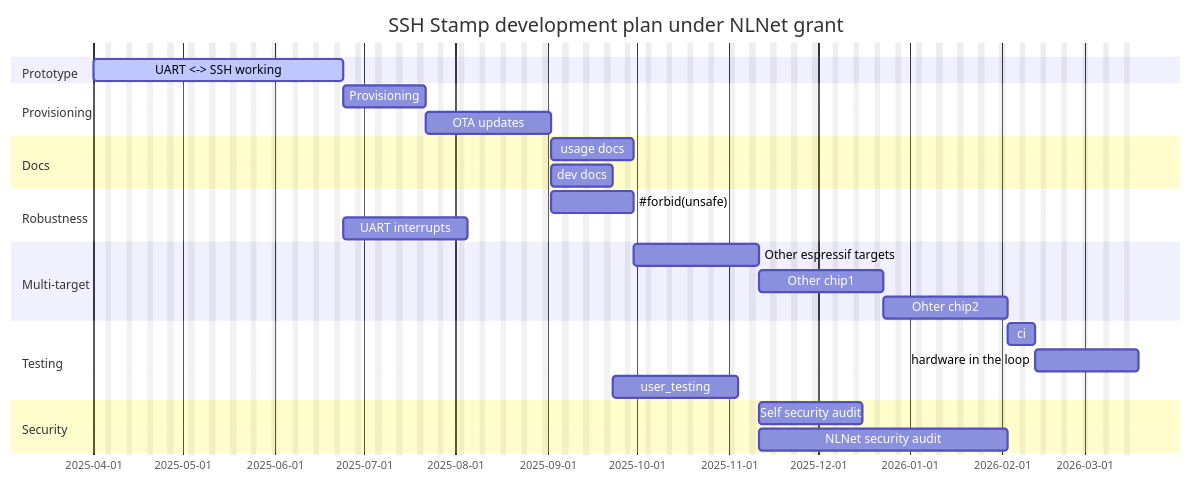
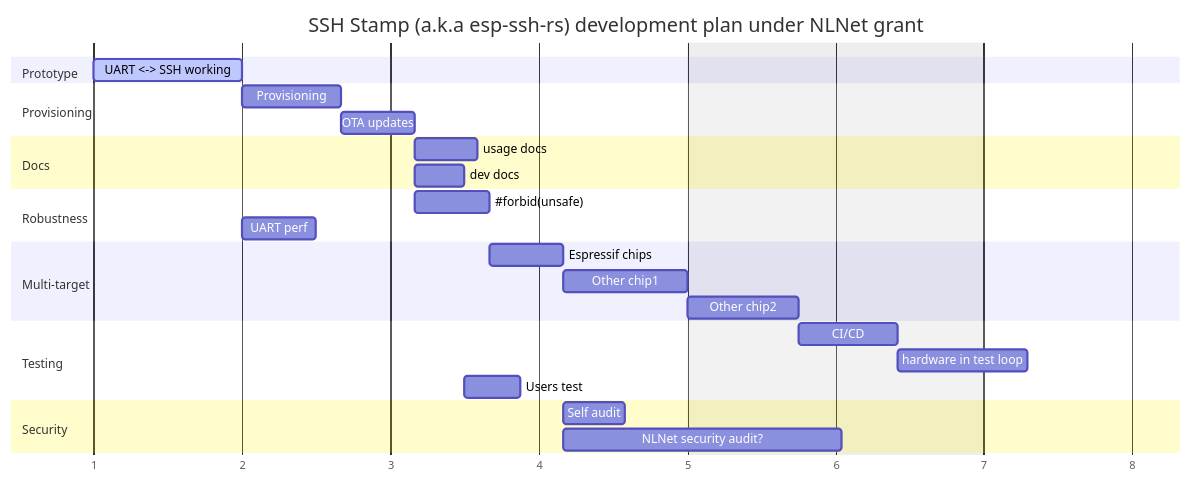
One commit to brainstorm/ssh-stamp changed the diagram in docs/nlnet/gantt.md. Above: the diagram before and after it, drawn with Mermaid. The commit also changed other lines of this file, not shown here.

Commit message:
Correct-er? estimates on cost and effort? Will review again tomorrow before sending out

````diff
--- a/docs/nlnet/gantt.md
+++ b/docs/nlnet/gantt.md
@@ -18,32 +1,32 @@
 ```mermaid
 gantt
-    title SSH Stamp development plan under NLNet grant
+    title SSH Stamp (a.k.a esp-ssh-rs) development plan under NLNet grant
     dateFormat YYYY-MM-DD
     excludes weekends
-    tickInterval 1month
+    tickInterval 1day
     weekday monday
     todayMarker off
-    axisFormat %Y-%m-%d
+    axisFormat %e
     section Prototype
-        UART <-> SSH working    :      active, uart_ssh, 2025-04-01, 60d
+        UART <-> SSH working    :      active, uart_ssh, 2025-04-01, 24h
     section Provisioning
-        Provisioning            :      prov, after uart_ssh, 20d
-        OTA updates             :      ota, after prov, 30d
+        Provisioning            :      prov, after uart_ssh, 16h
+        OTA updates             :      ota, after prov, 12h
     section Docs
-        usage docs              :      usage_docs, after ota, 20d
-        dev docs                :      dev_docs, after ota, 15d
+        usage docs              :      usage_docs, after ota, 10h
+        dev docs                :      dev_docs, after ota, 8h
     section Robustness
-        #forbid(unsafe)         :      no_unsafe, after ota, 20d
-        UART interrupts         :      uart_intr, after uart_ssh, 30d
+        #forbid(unsafe)         :      no_unsafe, after ota, 12h
+        UART perf               :      uart_intr, after uart_ssh, 12h
     section Multi-target
-        Other espressif targets :      all_espressif, after no_unsafe, 30d
-        Other chip1             :      chip1, after all_espressif, 30d
-        Ohter chip2             :      chip2, after chip1, 30d
+        Espressif chips         :      all_espressif, after no_unsafe, 12h
+        Other chip1             :      chip1, after all_espressif, 20h
+        Other chip2             :      chip2, after chip1, 18h
     section Testing
-        ci                      :      ci, after chip2, 7d
-        hardware in the loop    :      HIL, after ci, 25d
-        user_testing            :      user_testing, after dev_docs, 30d
+        CI/CD                   :      ci, after chip2, 16h
+        hardware in test loop   :      HIL, after ci, 21h
+        Users test              :      user_tests, after dev_docs, 9h
     section Security
-        Self security audit     :      self_sec_audit, after all_espressif, 25d
-        NLNet security audit    :      nlnet_sec_audit, after all_espressif, 60d
+        Self audit              :      self_sec_audit, after all_espressif, 10h
+        NLNet security audit?   :      nlnet_sec_audit, after all_espressif, 45h
 ```
````
